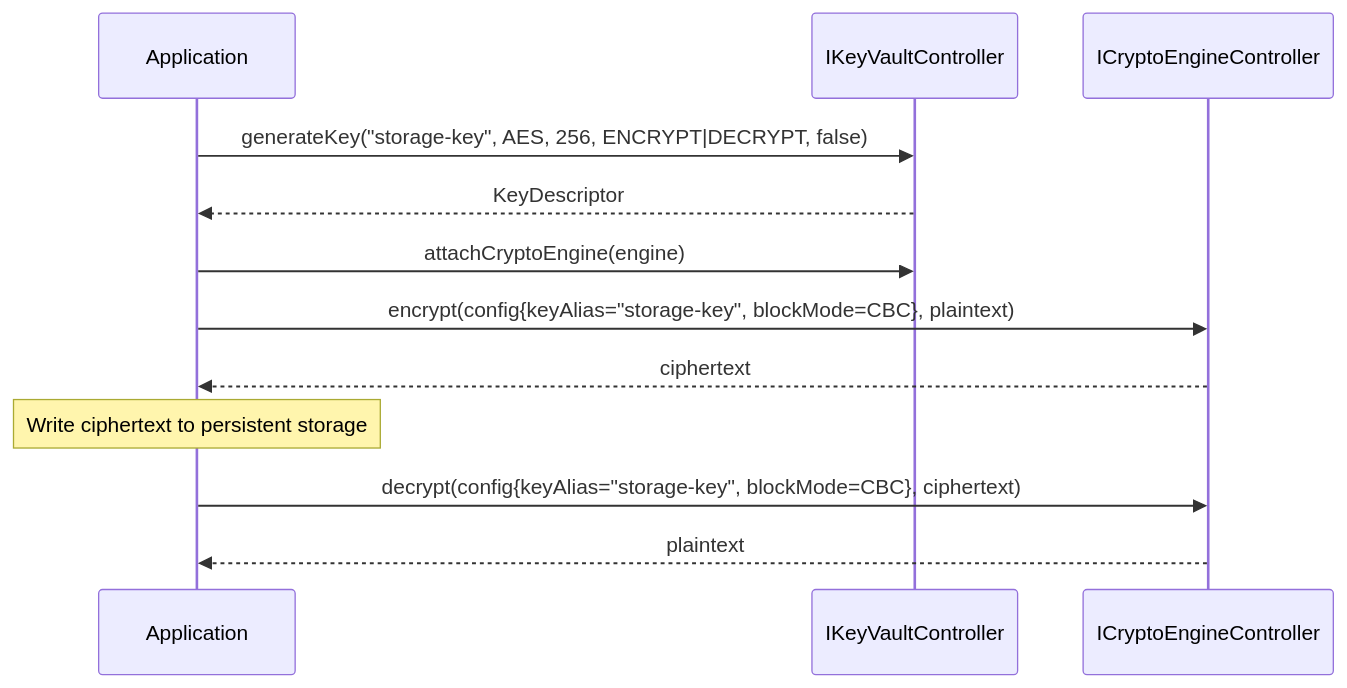
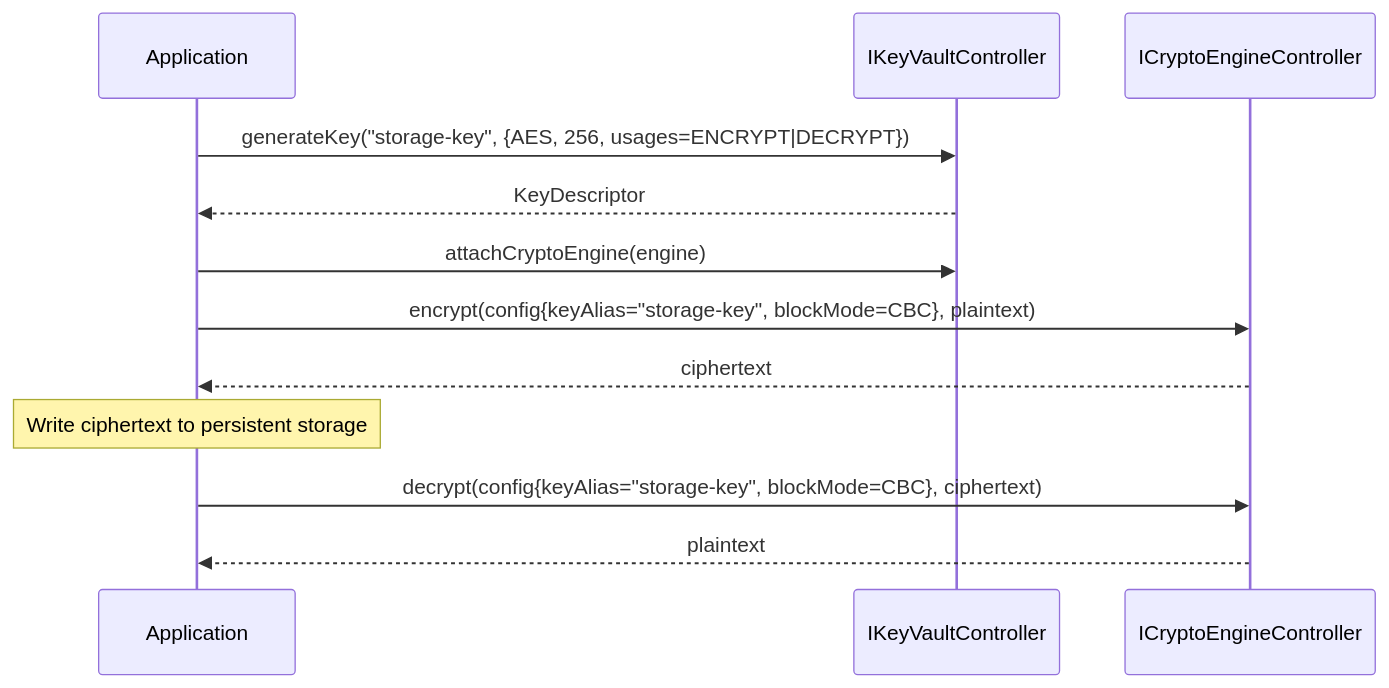
Before and after one commit to rdkcentral/rdk-halif-aidl: the fifth of 10 diagrams in keyvault/current/docs/keyvault.md, drawn with Mermaid. The commit also changed other lines of this file and 14 other files, not shown here.

````diff
--- a/keyvault/current/docs/keyvault.md
+++ b/keyvault/current/docs/keyvault.md
@@ -235,18 +235,18 @@
 ```mermaid
 sequenceDiagram
     participant App as Application
     participant Ctrl as IKeyVaultController
     participant CE as ICryptoEngineController
 
-    App->>Ctrl: generateKey("storage-key", AES, 256, ENCRYPT|DECRYPT, false)
+    App->>Ctrl: generateKey("storage-key", {AES, 256, usages=ENCRYPT|DECRYPT})
     Ctrl-->>App: KeyDescriptor
 
     App->>Ctrl: attachCryptoEngine(engine)
 
     App->>CE: encrypt(config{keyAlias="storage-key", blockMode=CBC}, plaintext)
     CE-->>App: ciphertext
     Note over App: Write ciphertext to persistent storage
 
     App->>CE: decrypt(config{keyAlias="storage-key", blockMode=CBC}, ciphertext)
     CE-->>App: plaintext
 ```
````
